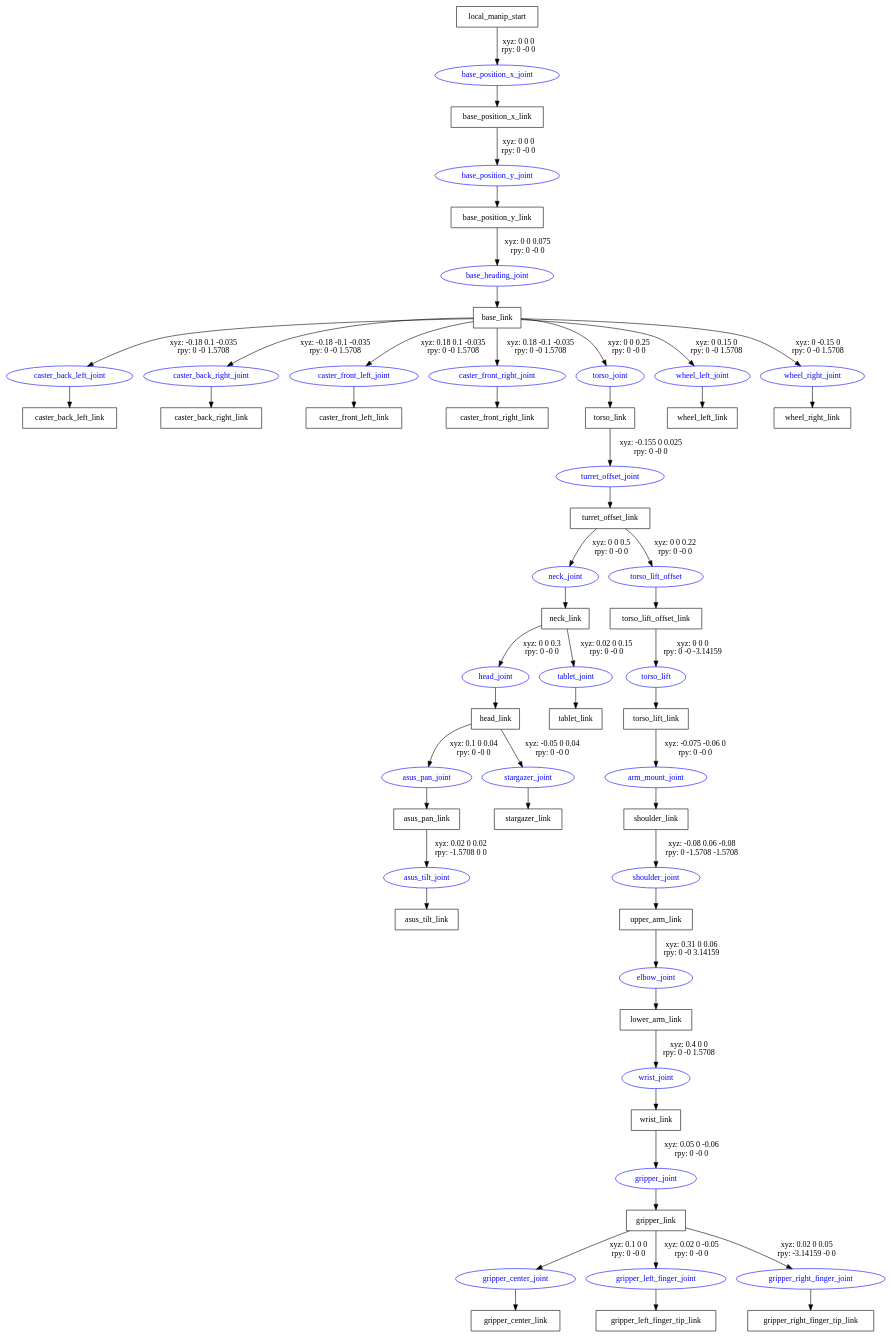
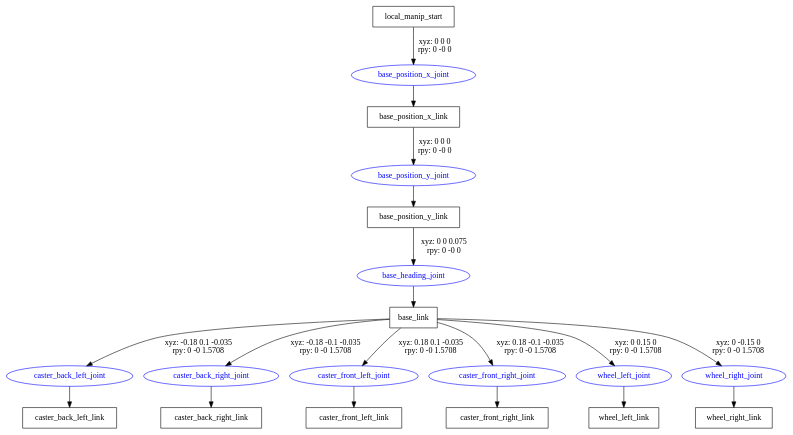
One commit to ParkJHyun/Tutorial_ROSpy changed the diagram in urdf_base/urdf/korus_v3.gv. Above: the diagram before and after it, drawn with Graphviz. The commit also changed 2 other files, not shown here.

```diff
--- a/urdf_base/urdf/korus_v3.gv
+++ b/urdf_base/urdf/korus_v3.gv
@@ -1,86 +1,32 @@
 digraph G {
 node [shape=box];
 "local_manip_start" [label="local_manip_start"];
 "base_position_x_link" [label="base_position_x_link"];
 "base_position_y_link" [label="base_position_y_link"];
 "base_link" [label="base_link"];
 "caster_back_left_link" [label="caster_back_left_link"];
 "caster_back_right_link" [label="caster_back_right_link"];
 "caster_front_left_link" [label="caster_front_left_link"];
 "caster_front_right_link" [label="caster_front_right_link"];
-"torso_link" [label="torso_link"];
-"turret_offset_link" [label="turret_offset_link"];
-"neck_link" [label="neck_link"];
-"head_link" [label="head_link"];
-"asus_pan_link" [label="asus_pan_link"];
-"asus_tilt_link" [label="asus_tilt_link"];
-"stargazer_link" [label="stargazer_link"];
-"tablet_link" [label="tablet_link"];
-"torso_lift_offset_link" [label="torso_lift_offset_link"];
-"torso_lift_link" [label="torso_lift_link"];
-"shoulder_link" [label="shoulder_link"];
-"upper_arm_link" [label="upper_arm_link"];
-"lower_arm_link" [label="lower_arm_link"];
-"wrist_link" [label="wrist_link"];
-"gripper_link" [label="gripper_link"];
-"gripper_center_link" [label="gripper_center_link"];
-"gripper_left_finger_tip_link" [label="gripper_left_finger_tip_link"];
-"gripper_right_finger_tip_link" [label="gripper_right_finger_tip_link"];
 "wheel_left_link" [label="wheel_left_link"];
 "wheel_right_link" [label="wheel_right_link"];
 node [shape=ellipse, color=blue, fontcolor=blue];
 "local_manip_start" -> "base_position_x_joint" [label="xyz: 0 0 0 \nrpy: 0 -0 0"]
 "base_position_x_joint" -> "base_position_x_link"
 "base_position_x_link" -> "base_position_y_joint" [label="xyz: 0 0 0 \nrpy: 0 -0 0"]
 "base_position_y_joint" -> "base_position_y_link"
 "base_position_y_link" -> "base_heading_joint" [label="xyz: 0 0 0.075 \nrpy: 0 -0 0"]
 "base_heading_joint" -> "base_link"
 "base_link" -> "caster_back_left_joint" [label="xyz: -0.18 0.1 -0.035 \nrpy: 0 -0 1.5708"]
 "caster_back_left_joint" -> "caster_back_left_link"
 "base_link" -> "caster_back_right_joint" [label="xyz: -0.18 -0.1 -0.035 \nrpy: 0 -0 1.5708"]
 "caster_back_right_joint" -> "caster_back_right_link"
 "base_link" -> "caster_front_left_joint" [label="xyz: 0.18 0.1 -0.035 \nrpy: 0 -0 1.5708"]
 "caster_front_left_joint" -> "caster_front_left_link"
 "base_link" -> "caster_front_right_joint" [label="xyz: 0.18 -0.1 -0.035 \nrpy: 0 -0 1.5708"]
 "caster_front_right_joint" -> "caster_front_right_link"
-"base_link" -> "torso_joint" [label="xyz: 0 0 0.25 \nrpy: 0 -0 0"]
-"torso_joint" -> "torso_link"
-"torso_link" -> "turret_offset_joint" [label="xyz: -0.155 0 0.025 \nrpy: 0 -0 0"]
-"turret_offset_joint" -> "turret_offset_link"
-"turret_offset_link" -> "neck_joint" [label="xyz: 0 0 0.5 \nrpy: 0 -0 0"]
-"neck_joint" -> "neck_link"
-"neck_link" -> "head_joint" [label="xyz: 0 0 0.3 \nrpy: 0 -0 0"]
-"head_joint" -> "head_link"
-"head_link" -> "asus_pan_joint" [label="xyz: 0.1 0 0.04 \nrpy: 0 -0 0"]
-"asus_pan_joint" -> "asus_pan_link"
-"asus_pan_link" -> "asus_tilt_joint" [label="xyz: 0.02 0 0.02 \nrpy: -1.5708 0 0"]
-"asus_tilt_joint" -> "asus_tilt_link"
-"head_link" -> "stargazer_joint" [label="xyz: -0.05 0 0.04 \nrpy: 0 -0 0"]
-"stargazer_joint" -> "stargazer_link"
-"neck_link" -> "tablet_joint" [label="xyz: 0.02 0 0.15 \nrpy: 0 -0 0"]
-"tablet_joint" -> "tablet_link"
-"turret_offset_link" -> "torso_lift_offset" [label="xyz: 0 0 0.22 \nrpy: 0 -0 0"]
-"torso_lift_offset" -> "torso_lift_offset_link"
-"torso_lift_offset_link" -> "torso_lift" [label="xyz: 0 0 0 \nrpy: 0 -0 -3.14159"]
-"torso_lift" -> "torso_lift_link"
-"torso_lift_link" -> "arm_mount_joint" [label="xyz: -0.075 -0.06 0 \nrpy: 0 -0 0"]
-"arm_mount_joint" -> "shoulder_link"
-"shoulder_link" -> "shoulder_joint" [label="xyz: -0.08 0.06 -0.08 \nrpy: 0 -1.5708 -1.5708"]
-"shoulder_joint" -> "upper_arm_link"
-"upper_arm_link" -> "elbow_joint" [label="xyz: 0.31 0 0.06 \nrpy: 0 -0 3.14159"]
-"elbow_joint" -> "lower_arm_link"
-"lower_arm_link" -> "wrist_joint" [label="xyz: 0.4 0 0 \nrpy: 0 -0 1.5708"]
-"wrist_joint" -> "wrist_link"
-"wrist_link" -> "gripper_joint" [label="xyz: 0.05 0 -0.06 \nrpy: 0 -0 0"]
-"gripper_joint" -> "gripper_link"
-"gripper_link" -> "gripper_center_joint" [label="xyz: 0.1 0 0 \nrpy: 0 -0 0"]
-"gripper_center_joint" -> "gripper_center_link"
-"gripper_link" -> "gripper_left_finger_joint" [label="xyz: 0.02 0 -0.05 \nrpy: 0 -0 0"]
-"gripper_left_finger_joint" -> "gripper_left_finger_tip_link"
-"gripper_link" -> "gripper_right_finger_joint" [label="xyz: 0.02 0 0.05 \nrpy: -3.14159 -0 0"]
-"gripper_right_finger_joint" -> "gripper_right_finger_tip_link"
 "base_link" -> "wheel_left_joint" [label="xyz: 0 0.15 0 \nrpy: 0 -0 1.5708"]
 "wheel_left_joint" -> "wheel_left_link"
 "base_link" -> "wheel_right_joint" [label="xyz: 0 -0.15 0 \nrpy: 0 -0 1.5708"]
 "wheel_right_joint" -> "wheel_right_link"
 }
```
